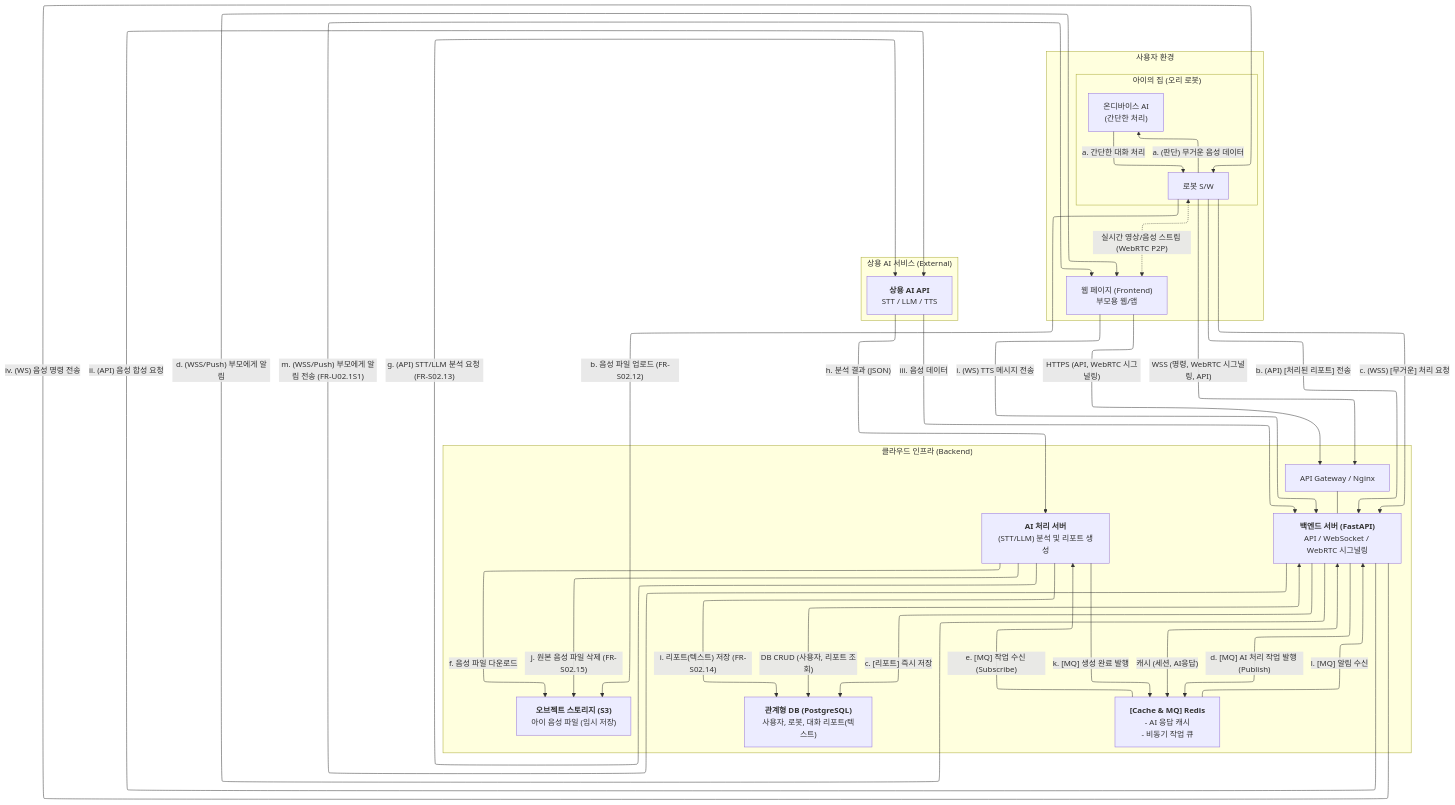
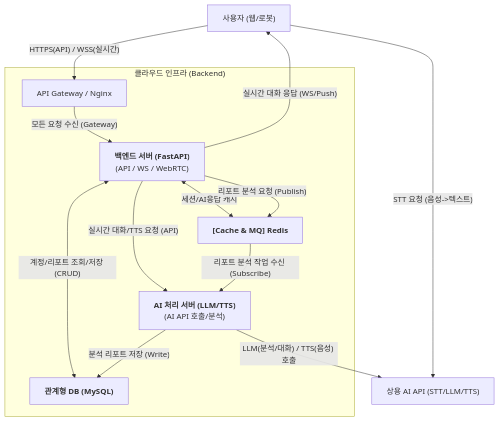
One commit to jiminh03/okeyducky changed the diagram in BackEnd/Design/백엔드 시스템 아키텍처.mmd. Above: the diagram before and after it, drawn with Mermaid. The commit also changed 3 other files, not shown here.

```diff
--- a/BackEnd/Design/백엔드 시스템 아키텍처.mmd
+++ b/BackEnd/Design/백엔드 시스템 아키텍처.mmd
@@ -1,67 +1,35 @@
----
-config:
-  layout: elk
----
 graph TD
-    subgraph "사용자 환경"
-        P["웹 페이지 (Frontend)<br/>부모용 웹/앱"]
-        subgraph "아이의 집 (오리 로봇)"
-            direction LR
-            D["로봇 S/W"]
-            Edge_AI["온디바이스 AI<br/>(간단한 처리)"]
-        end
-    end
+    %% --- 외부 컴포넌트 (컨텍스트용) ---
+    Users["사용자 (웹/로봇)"]
+    AI["상용 AI API (STT/LLM/TTS)"]
 
     subgraph "클라우드 인프라 (Backend)"
         GW[API Gateway / Nginx]
+        
+        BE["<b>백엔드 서버 (FastAPI)</b><br/>(API / WS / WebRTC)"]
+        AI_SVC["<b>AI 처리 서버 (LLM/TTS)</b><br/>(AI API 호출/분석)"]
+        
+        DB_MYSQL["<b>관계형 DB (MySQL)</b>"]
+        R["<b>[Cache & MQ] Redis</b>"]
 
-        BE["<b>백엔드 서버 (FastAPI)</b><br/>API / WebSocket / WebRTC 시그널링"]
-        AI_SVC["<b>AI 처리 서버</b><br/>(STT/LLM) 분석 및 리포트 생성"]
+        %% --- 인프라 내부 연결 (기능 중심) ---
+        GW -- "모든 요청 수신 (Gateway)" --> BE
         
-        DB_PG["<b>관계형 DB (PostgreSQL)</b><br/>사용자, 로봇, 대화 리포트(텍스트)"]
-        S3["<b>오브젝트 스토리지 (S3)</b><br/>아이 음성 파일 (임시 저장)"]
-        R["<b>[Cache & MQ] Redis</b><br/>- AI 응답 캐시<br/>- 비동기 작업 큐"]
+        BE <-- "계정/리포트 조회/저장 (CRUD)" --> DB_MYSQL
+        BE <-- "세션/AI응답 캐시" --> R
+        
+        BE -- "실시간 대화/TTS 요청 (API)" --> AI_SVC
+        BE -- "리포트 분석 요청 (Publish)" --> R
+        
+        R -- "리포트 분석 작업 수신 (Subscribe)" --> AI_SVC
+        
+        AI_SVC -- "분석 리포트 저장 (Write)" --> DB_MYSQL
     end
 
-    subgraph "상용 AI 서비스 (External)"
-        AI["<b>상용 AI API</b><br/>STT / LLM / TTS"]
-    end
+    %% --- 외부 -> 인프라 ---
+    Users -- "HTTPS(API) / WSS(실시간)" --> GW
+    Users -- "STT 요청 (음성->텍스트)" --> AI
 
-    %% --- 1. 기본 연결 ---
-    P -- "HTTPS (API, WebRTC 시그널링)" --> GW
-    D -- "WSS (명령, WebRTC 시그널링, API)" --> GW
-    GW --- BE
-
-    %% --- 2. 백엔드 핵심 로직 (DB/Cache) ---
-    BE <-- "DB CRUD (사용자, 리포트 조회)" --> DB_PG
-    BE <-- "캐시 (세션, AI응답)" --> R
-
-    %% --- 3. 실시간 P2P 스트리밍 ---
-    D <-. "실시간 영상/음성 스트림 (WebRTC P2P)" .-> P
-
-    %% --- 4. 실시간 TTS 메시지 흐름 (부모 -> 로봇) ---
-    P -- "i. (WS) TTS 메시지 전송" --> BE
-    BE -- "ii. (API) 음성 합성 요청" --> AI
-    AI -- "iii. 음성 데이터" --> BE
-    BE -- "iv. (WS) 음성 명령 전송" --> D
-
-    %% --- 5. [흐름 1: 온디바이스 처리] 로봇이 처리한 데이터 (가벼움) ---
-    Edge_AI -- "a. 간단한 대화 처리" --> D
-    D -- "b. (API) [처리된 리포트] 전송" --> BE
-    BE -- "c. [리포트] 즉시 저장" --> DB_PG
-    BE -- "d. (WSS/Push) 부모에게 알림" --> P
-
-    %% --- 6. [흐름 2: AI 서버 처리] 로봇이 감당 못하는 데이터 (무거움) ---
-    D -- "a. (판단) 무거운 음성 데이터" --> Edge_AI
-    D -- "b. 음성 파일 업로드 (FR-S02.12)" --> S3
-    D -- "c. (WSS) [무거운] 처리 요청" --> BE
-    BE -- "d. [MQ] AI 처리 작업 발행 (Publish)" --> R
-    R -- "e. [MQ] 작업 수신 (Subscribe)" --> AI_SVC
-    AI_SVC -- "f. 음성 파일 다운로드" --> S3
-    AI_SVC -- "g. (API) STT/LLM 분석 요청 (FR-S02.13)" --> AI
-    AI -- "h. 분석 결과 (JSON)" --> AI_SVC
-    AI_SVC -- "i. 리포트(텍스트) 저장 (FR-S02.14)" --> DB_PG
-    AI_SVC -- "j. 원본 음성 파일 삭제 (FR-S02.15)" --> S3
-    AI_SVC -- "k. [MQ] 생성 완료 발행" --> R
-    R -- "l. [MQ] 알림 수신" --> BE
-    BE -- "m. (WSS/Push) 부모에게 알림 전송 (FR-U02.1S1)" --> P
+    %% --- 인프라 -> 외부 ---
+    BE -- "실시간 대화 응답 (WS/Push)" --> Users
+    AI_SVC -- "LLM(분석/대화) / TTS(음성) 호출" --> AI
```
